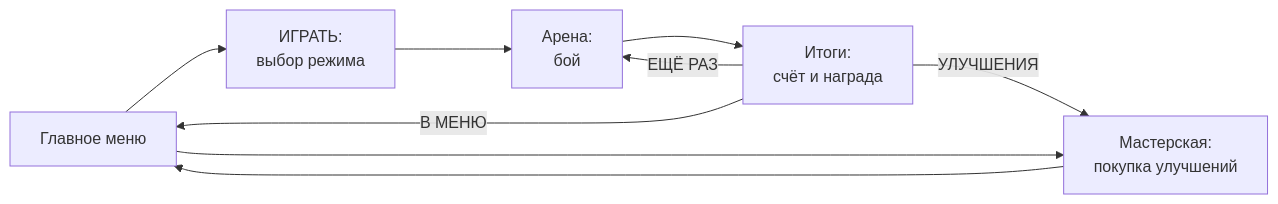
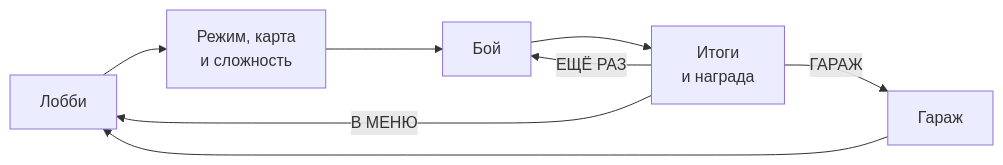
One commit to niikage7/burmalda-gamejam changed the diagram in Documentation/game/match.md. Above: the diagram before and after it, drawn with Mermaid. The commit also changed other lines of this file and 67 other files, not shown here.

First line of the commit message:
[docs] документация для всех: пошаговый первый бой, меню, усиления, карты, боты и сложность; картинки и места под скриншоты

````diff
--- a/Documentation/game/match.md
+++ b/Documentation/game/match.md
@@ -6,11 +6,10 @@
 ```mermaid
 flowchart LR
-    M["Главное меню"] --> P["ИГРАТЬ:<br/>выбор режима"]
-    P --> A["Арена:<br/>бой"]
-    A --> R["Итоги:<br/>счёт и награда"]
-    R -- "ЕЩЁ РАЗ" --> A
-    R -- "УЛУЧШЕНИЯ" --> U["Мастерская:<br/>покупка улучшений"]
-    R -- "В МЕНЮ" --> M
-    U --> M
-    M --> U
+    L["Лобби"] --> M["Режим, карта<br/>и сложность"]
+    M --> B["Бой"]
+    B --> R["Итоги<br/>и награда"]
+    R -- "ЕЩЁ РАЗ" --> B
+    R -- "ГАРАЖ" --> G["Гараж"]
+    R -- "В МЕНЮ" --> L
+    G --> L
 ```
````
